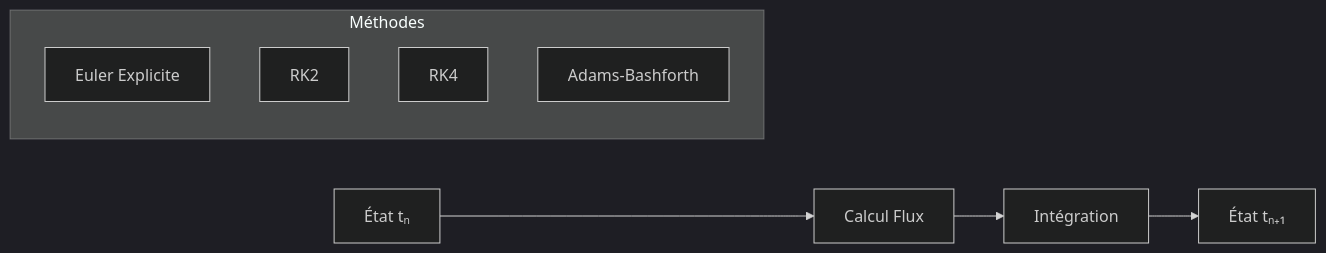
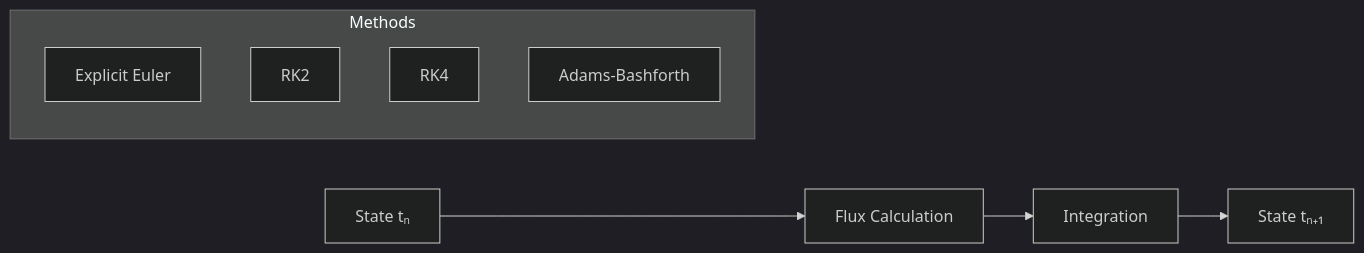
Before and after one commit to sbstndb/samurai: diagram 14 of 19 in docs/numerical_schemes.md, drawn with Mermaid (dark theme). The commit also changed other lines of this file and 8 other files, not shown here.

````diff
--- a/docs/numerical_schemes.md
+++ b/docs/numerical_schemes.md
@@ -401,13 +401,13 @@
 ```mermaid
 graph LR
-    A[État tₙ] --> B[Calcul Flux]
-    B --> C[Intégration]
-    C --> D[État tₙ₊₁]
+    A[State tₙ] --> B[Flux Calculation]
+    B --> C[Integration]
+    C --> D[State tₙ₊₁]
     
-    subgraph "Méthodes"
-        E[Euler Explicite]
+    subgraph "Methods"
+        E[Explicit Euler]
         F[RK2]
         G[RK4]
         H[Adams-Bashforth]
     end
 ```
````
